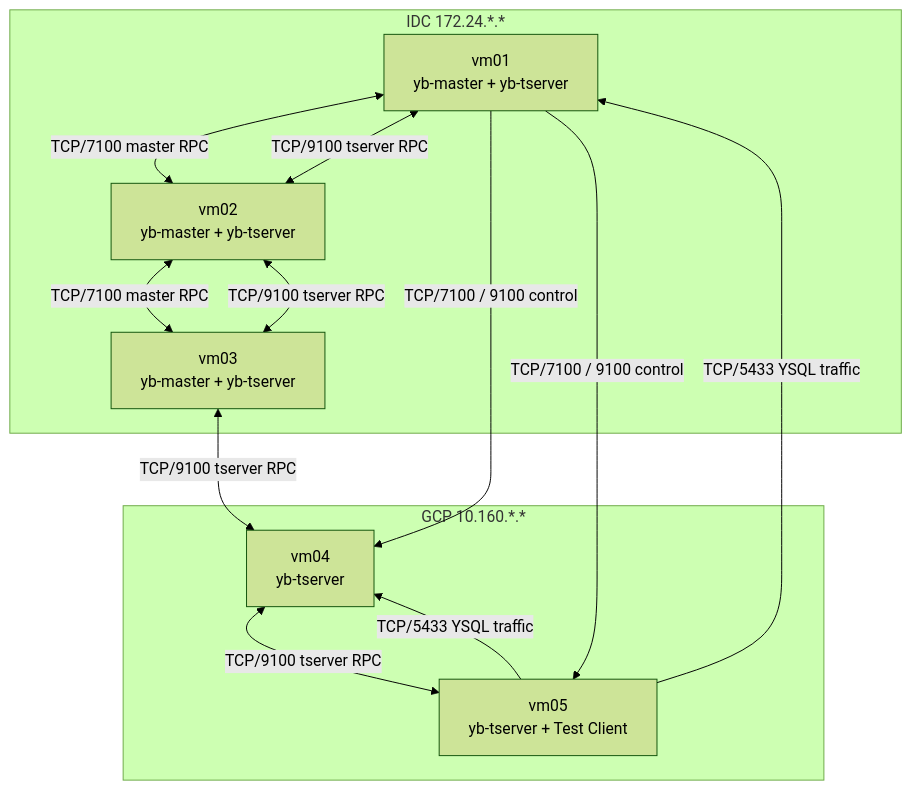
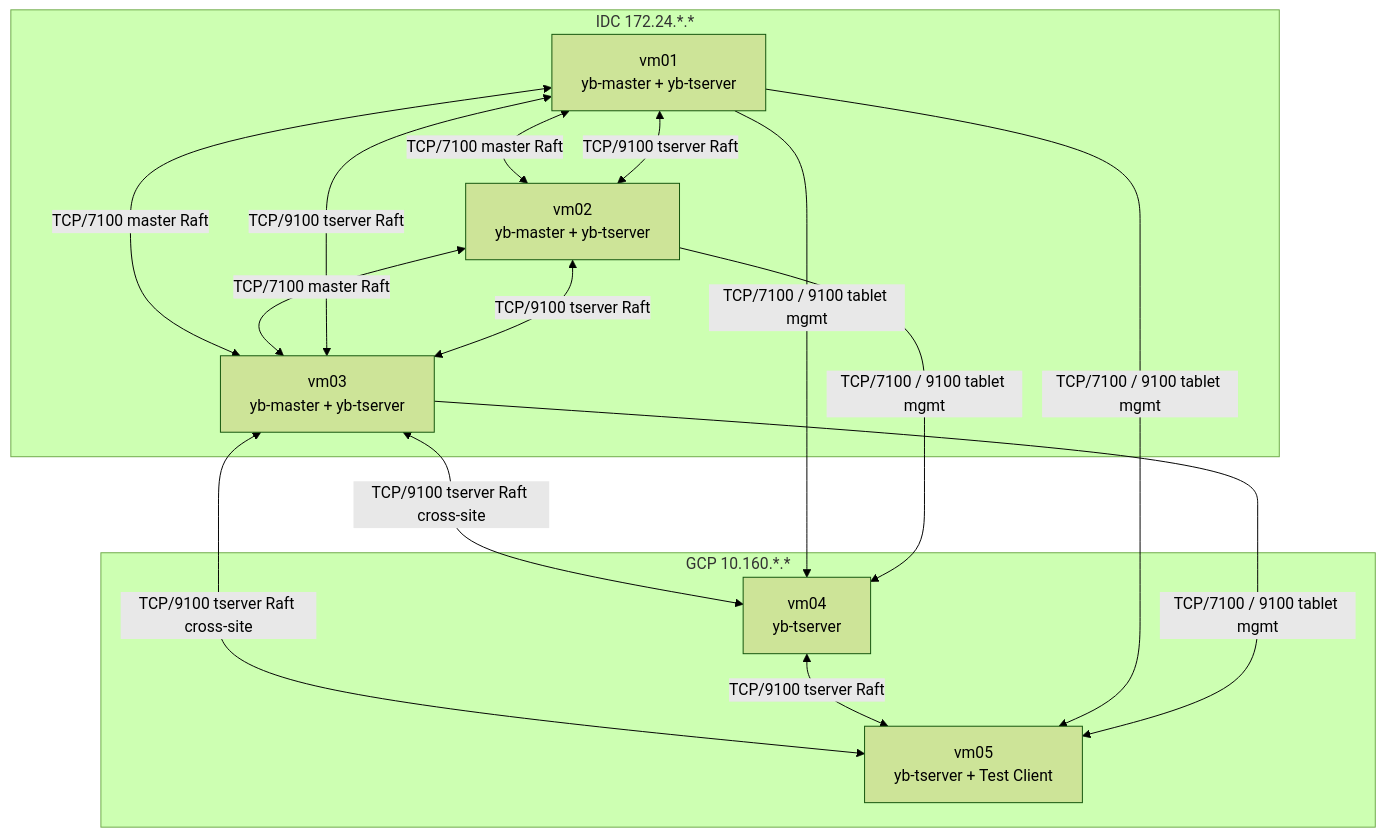
The second of 2 diagrams in poc/0_projectFor104/docs/architecture/yugabytedb.md (heavenruler/dba_career), drawn with Mermaid (forest theme) before and after one commit. The commit also changed other lines of this file and 1 other file, not shown here.

Commit message:
refactor architecture

````diff
--- a/poc/0_projectFor104/docs/architecture/yugabytedb.md
+++ b/poc/0_projectFor104/docs/architecture/yugabytedb.md
@@ -52,27 +56,29 @@
 ```mermaid
 flowchart TB
     subgraph IDC[IDC 172.24.*.*]
         VM1[vm01\nyb-master + yb-tserver]
         VM2[vm02\nyb-master + yb-tserver]
         VM3[vm03\nyb-master + yb-tserver]
     end
 
     subgraph GCP[GCP 10.160.*.*]
         VM4[vm04\nyb-tserver]
         VM5[vm05\nyb-tserver + Test Client]
     end
 
-    VM1 <-->|TCP/7100 master RPC| VM2
-    VM2 <-->|TCP/7100 master RPC| VM3
+    VM1 <-->|TCP/7100 master Raft| VM2
+    VM1 <-->|TCP/7100 master Raft| VM3
+    VM2 <-->|TCP/7100 master Raft| VM3
 
-    VM1 <-->|TCP/9100 tserver RPC| VM2
-    VM2 <-->|TCP/9100 tserver RPC| VM3
-    VM3 <-->|TCP/9100 tserver RPC| VM4
-    VM4 <-->|TCP/9100 tserver RPC| VM5
+    VM1 <-->|TCP/9100 tserver Raft| VM2
+    VM1 <-->|TCP/9100 tserver Raft| VM3
+    VM2 <-->|TCP/9100 tserver Raft| VM3
+    VM3 <-->|TCP/9100 tserver Raft cross-site| VM4
+    VM3 <-->|TCP/9100 tserver Raft cross-site| VM5
+    VM4 <-->|TCP/9100 tserver Raft| VM5
 
-    VM1 -->|TCP/7100 / 9100 control| VM4
-    VM1 -->|TCP/7100 / 9100 control| VM5
-
-    VM5 -->|TCP/5433 YSQL traffic| VM4
-    VM5 -->|TCP/5433 YSQL traffic| VM1
+    VM1 -->|TCP/7100 / 9100 tablet mgmt| VM4
+    VM1 -->|TCP/7100 / 9100 tablet mgmt| VM5
+    VM2 -->|TCP/7100 / 9100 tablet mgmt| VM4
+    VM3 -->|TCP/7100 / 9100 tablet mgmt| VM5
 ```
````
